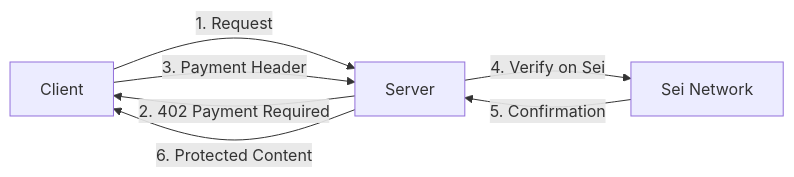
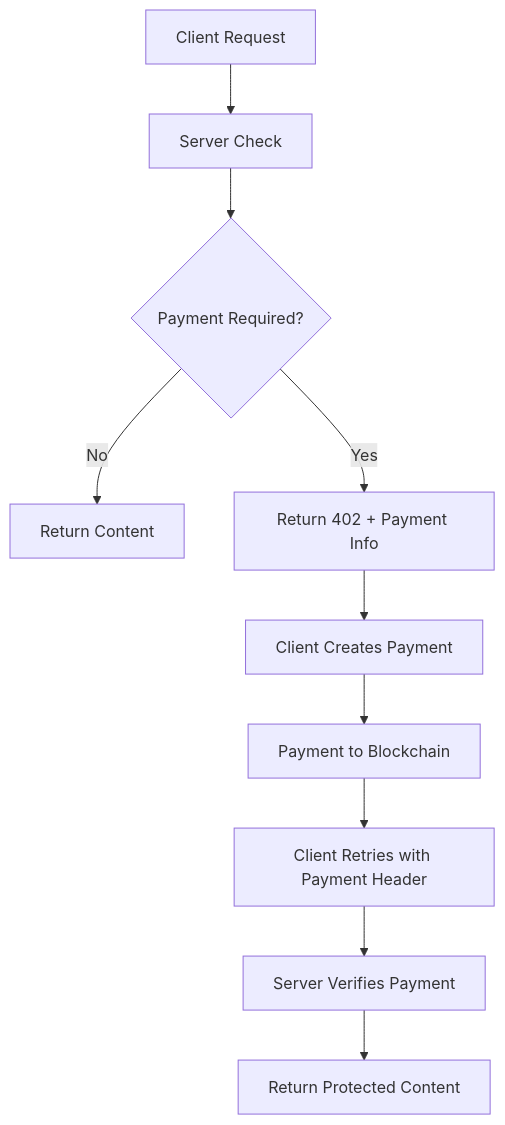
Before and after one commit to sei-protocol/x402: the diagram in docs/introduction.mdx, drawn with Mermaid. The commit also changed other lines of this file and 13 other files, not shown here.

````diff
--- a/docs/introduction.mdx
+++ b/docs/introduction.mdx
@@ -43,9 +45,12 @@
 ```mermaid
-graph LR
-    A[Client] -->|1. Request| B[Server]
-    B -->|2. 402 Payment Required| A
-    A -->|3. Payment Header| B
-    B -->|4. Verify on Sei| C[Sei Network]
-    C -->|5. Confirmation| B
-    B -->|6. Protected Content| A
+graph TD
+    A[Client Request] --> B[Server Check]
+    B --> C{Payment Required?}
+    C -->|No| D[Return Content]
+    C -->|Yes| E[Return 402 + Payment Info]
+    E --> F[Client Creates Payment]
+    F --> G[Payment to Blockchain]
+    G --> H[Client Retries with Payment Header]
+    H --> I[Server Verifies Payment]
+    I --> J[Return Protected Content]
 ```
````
